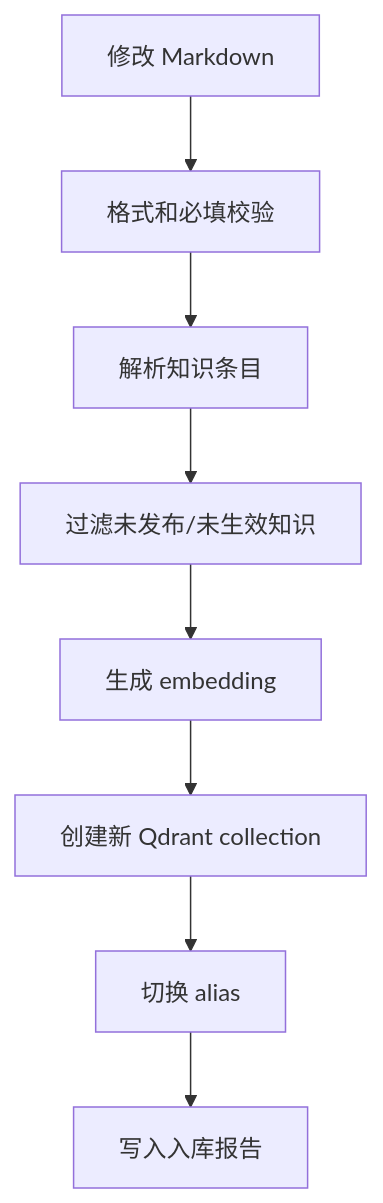
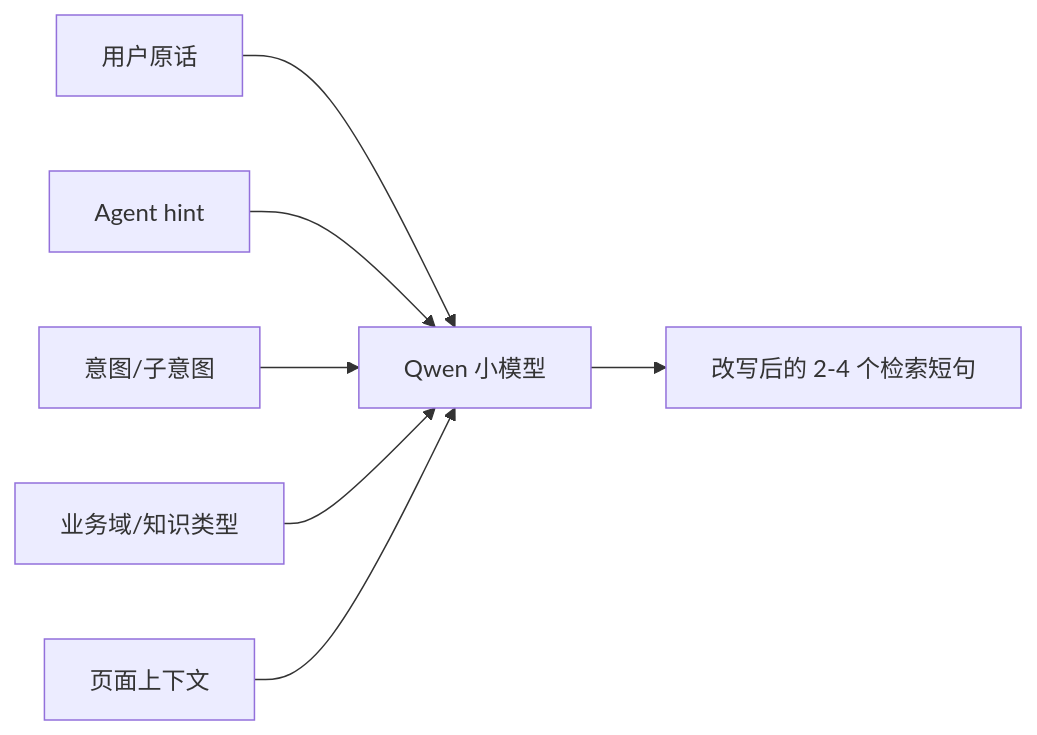
One commit to YYHRICH/dalizai-knowledge-rag-service changed diagram 18 of 25 in docs/rag_service_design_report_v1.0.md. Above: the diagram before and after it, drawn with Mermaid. The commit also changed other lines of this file, not shown here.

````diff
--- a/docs/rag_service_design_report_v1.0.md
+++ b/docs/rag_service_design_report_v1.0.md
@@ -519,10 +597,9 @@
 ```mermaid
-flowchart TB
-    Edit[修改 Markdown] --> Validate[格式和必填校验]
-    Validate --> Parse[解析知识条目]
-    Parse --> Filter[过滤未发布/未生效知识]
-    Filter --> Embed[生成 embedding]
-    Embed --> Build[创建新 Qdrant collection]
-    Build --> Alias[切换 alias]
-    Alias --> Report[写入入库报告]
+flowchart LR
+    Raw[用户原话] --> Qwen[Qwen 小模型]
+    Hint[Agent hint] --> Qwen
+    Intent[意图/子意图] --> Qwen
+    Filter[业务域/知识类型] --> Qwen
+    Context[页面上下文] --> Qwen
+    Qwen --> Rewrite[改写后的 2-4 个检索短句]
 ```
````
